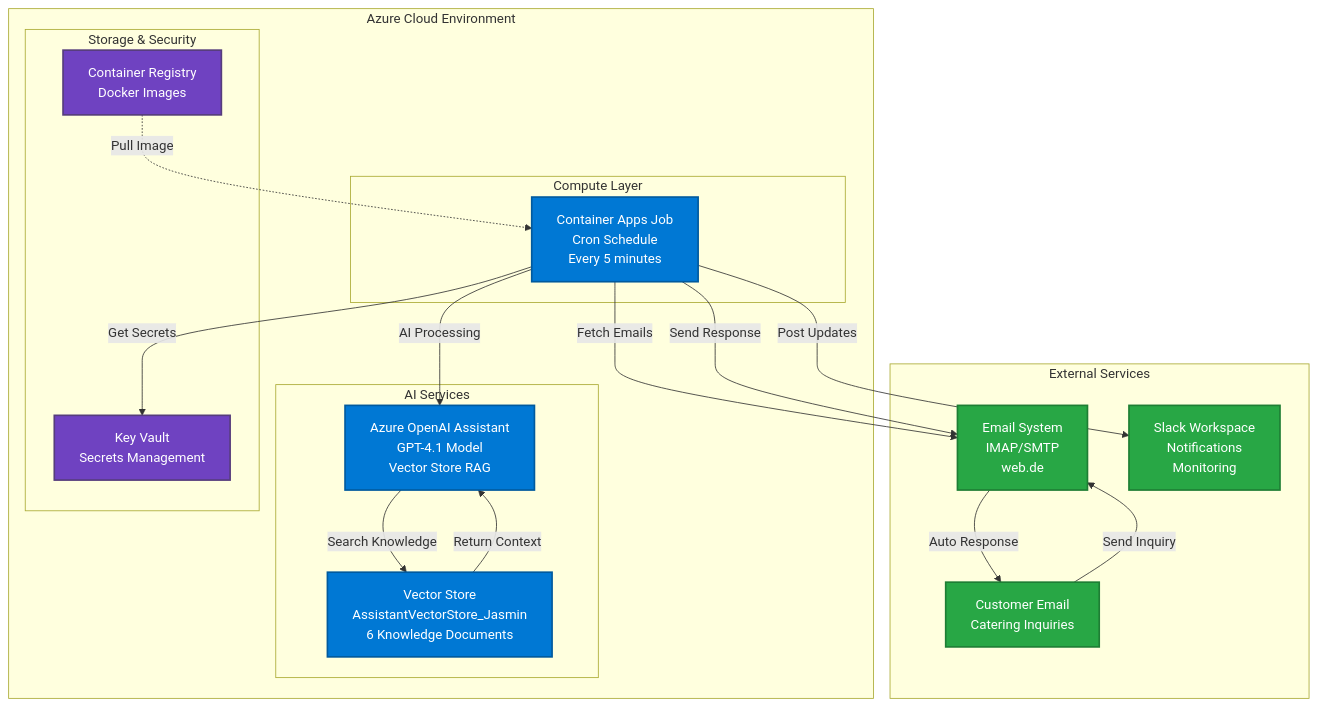
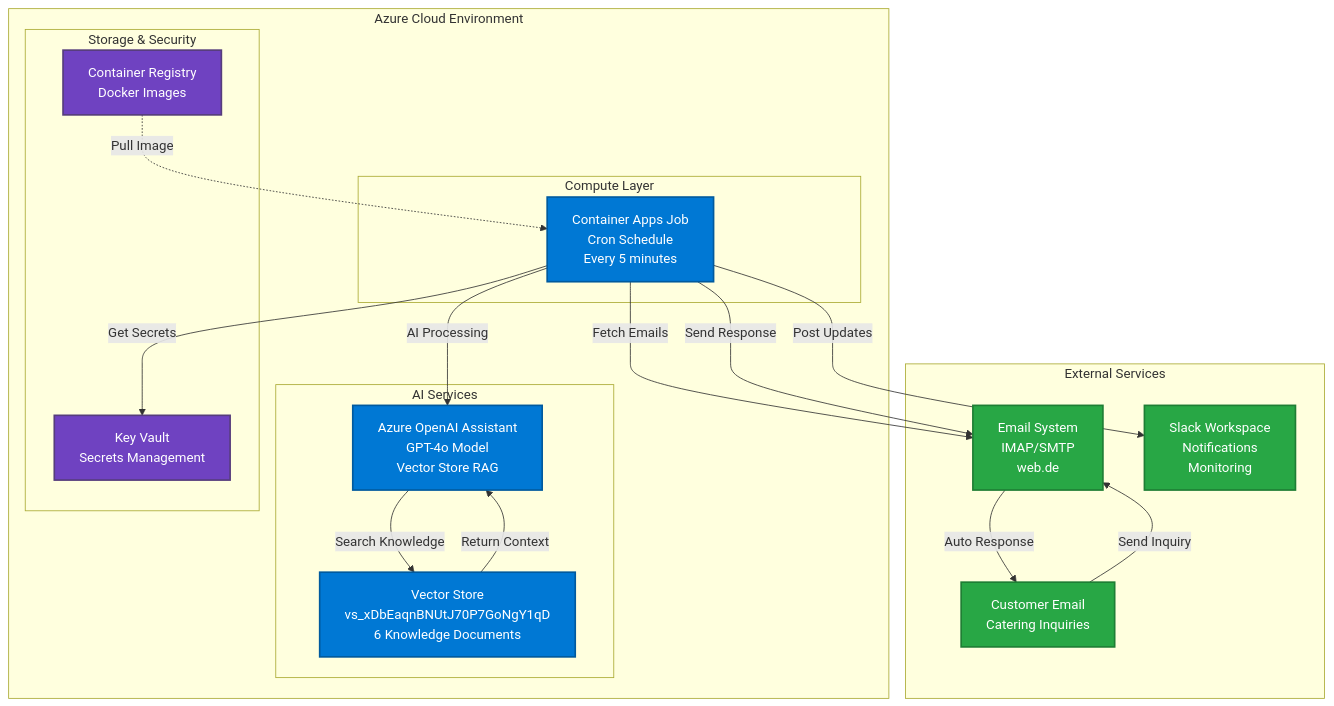
One commit to ma3u/jasmin-catering-ai-agent changed the first of 2 diagrams in README.md. Above: the diagram before and after it, drawn with Mermaid. The commit also changed other lines of this file, not shown here.

````diff
--- a/README.md
+++ b/README.md
@@ -36,51 +22,45 @@
 ```mermaid
 graph TB
     subgraph "Azure Cloud Environment"
         subgraph "Compute Layer"
             CJ[Container Apps Job<br/>Cron Schedule<br/>Every 5 minutes]
         end
         
         subgraph "AI Services"
-            AOI[Azure OpenAI Assistant<br/>GPT-4.1 Model<br/>Vector Store RAG]
-            VS[Vector Store<br/>AssistantVectorStore_Jasmin<br/>6 Knowledge Documents]
-
+            AOI[Azure OpenAI Assistant<br/>GPT-4o Model<br/>Vector Store RAG]
+            VS[Vector Store<br/>vs_xDbEaqnBNUtJ70P7GoNgY1qD<br/>6 Knowledge Documents]
         end
         
         subgraph "Storage & Security"
             KV[Key Vault<br/>Secrets Management]
             ACR[Container Registry<br/>Docker Images]
         end
     end
     
     subgraph "External Services"
         EMAIL[Email System<br/>IMAP/SMTP<br/>web.de]
         SLACK[Slack Workspace<br/>Notifications<br/>Monitoring]
         CUSTOMER[Customer Email<br/>Catering Inquiries]
     end
     
     %% Workflow Connections
-
     CJ -->|Fetch Emails| EMAIL
     CJ -->|AI Processing| AOI
     AOI -->|Search Knowledge| VS
     VS -->|Return Context| AOI
     CJ -->|Get Secrets| KV
     CJ -->|Send Response| EMAIL
     CJ -->|Post Updates| SLACK
     CUSTOMER -->|Send Inquiry| EMAIL
     EMAIL -->|Auto Response| CUSTOMER
-    
-    %% Deployment Connections
-
     ACR -.->|Pull Image| CJ
     
     %% Styling
     classDef azure fill:#0078d4,stroke:#005a9e,stroke-width:2px,color:#fff
     classDef external fill:#28a745,stroke:#1e7e34,stroke-width:2px,color:#fff
     classDef storage fill:#6f42c1,stroke:#563d7c,stroke-width:2px,color:#fff
     
-
     class CJ,AOI,VS azure
     class EMAIL,SLACK,CUSTOMER external
     class KV,ACR storage
 ```
````
